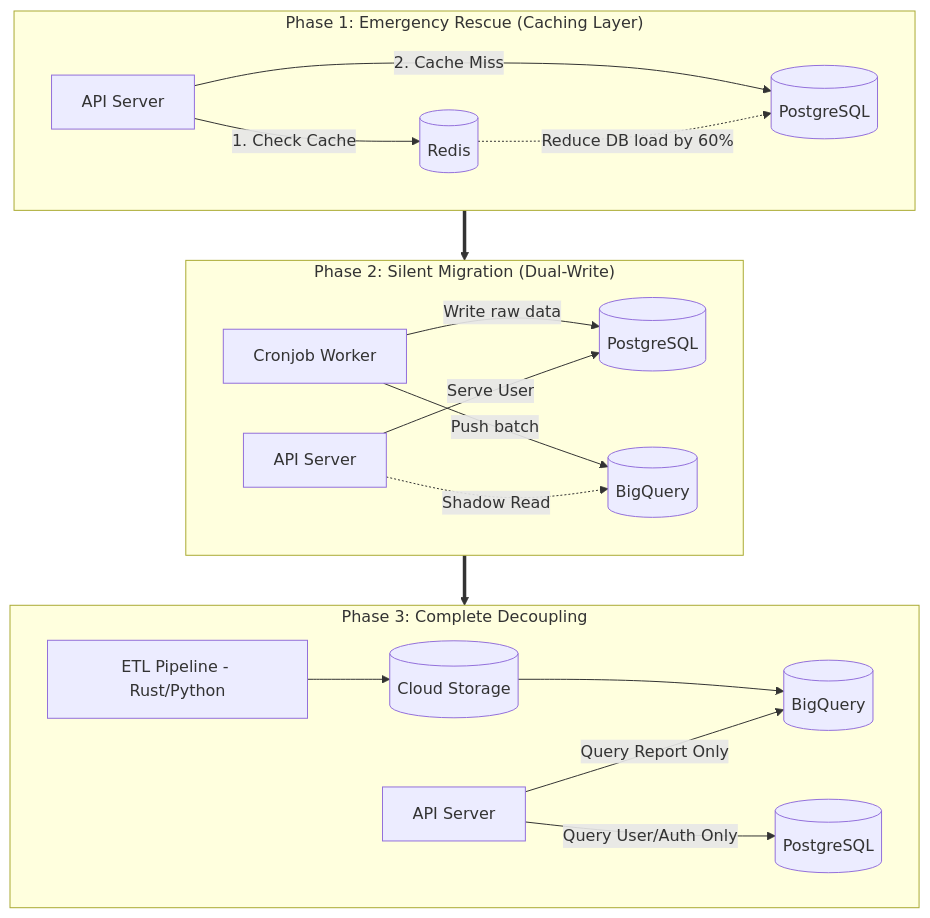
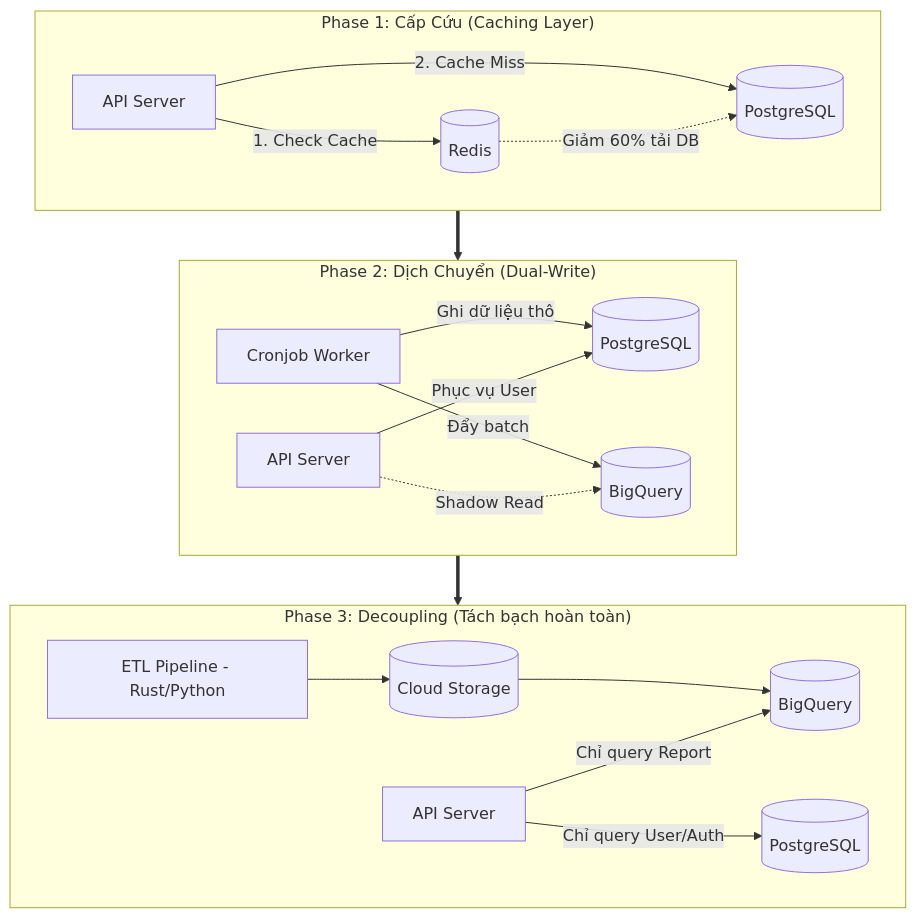
The diagram in src/data/blog/en/62-2026-10-05-upgrading-the-ad-performance-reporting-from-100-to-1000-ccu-with-zero-downtime.md (ga2631/ga2631.github.io), drawn with Mermaid before and after one commit. The commit also changed other lines of this file and 230 other files, not shown here.

````diff
--- a/src/data/blog/en/62-2026-10-05-upgrading-the-ad-performance-reporting-from-100-to-1000-ccu-with-zero-downtime.md
+++ b/src/data/blog/en/62-2026-10-05-upgrading-the-ad-performance-reporting-from-100-to-1000-ccu-with-zero-downtime.md
@@ -26,25 +26,24 @@
 ```mermaid
 graph TD
-    subgraph phase1 ["Phase 1: Emergency Rescue (Caching Layer)"]
+    subgraph phase1 ["Phase 1: Cấp Cứu (Caching Layer)"]
         A1[API Server] -->|1. Check Cache| B1[(Redis)]
         A1 -->|2. Cache Miss| C1[(PostgreSQL)]
-        B1 -.->|Reduce DB load by 60%| C1
+        B1 -.->|Giảm 60% tải DB| C1
     end
 
-    subgraph phase2 ["Phase 2: Silent Migration (Dual-Write)"]
-        D2[Cronjob Worker] -->|Write raw data| C2[(PostgreSQL)]
-        D2 -->|Push batch| E2[(BigQuery)]
-        A2[API Server] -->|Serve User| C2
+    subgraph phase2 ["Phase 2: Dịch Chuyển (Dual-Write)"]
+        D2[Cronjob Worker] -->|Ghi dữ liệu thô| C2[(PostgreSQL)]
+        D2 -->|Đẩy batch| E2[(BigQuery)]
+        A2[API Server] -->|Phục vụ User| C2
         A2 -.->|Shadow Read| E2
     end
 
-    subgraph phase3 ["Phase 3: Complete Decoupling"]
+    subgraph phase3 ["Phase 3: Decoupling (Tách bạch hoàn toàn)"]
         F3[ETL Pipeline - Rust/Python] --> G3[(Cloud Storage)]
         G3 --> E3[(BigQuery)]
-        A3[API Server] -->|Query Report Only| E3
-        A3 -->|Query User/Auth Only| C3[(PostgreSQL)]
+        A3[API Server] -->|Chỉ query Report| E3
+        A3 -->|Chỉ query User/Auth| C3[(PostgreSQL)]
     end
 
-    %% Link phases to enforce top-down layout
     phase1 ==> phase2 ==> phase3
 ```
````
